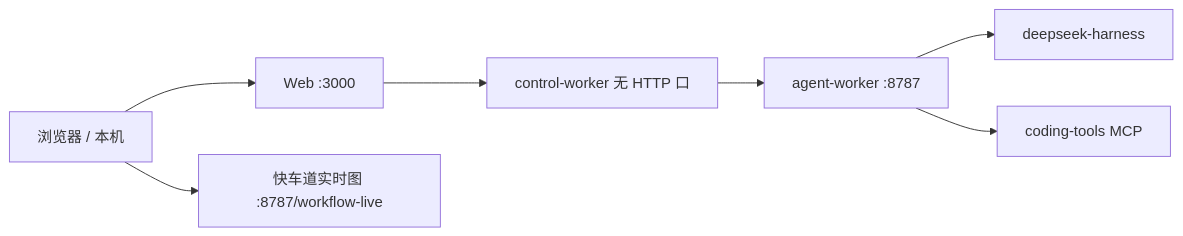
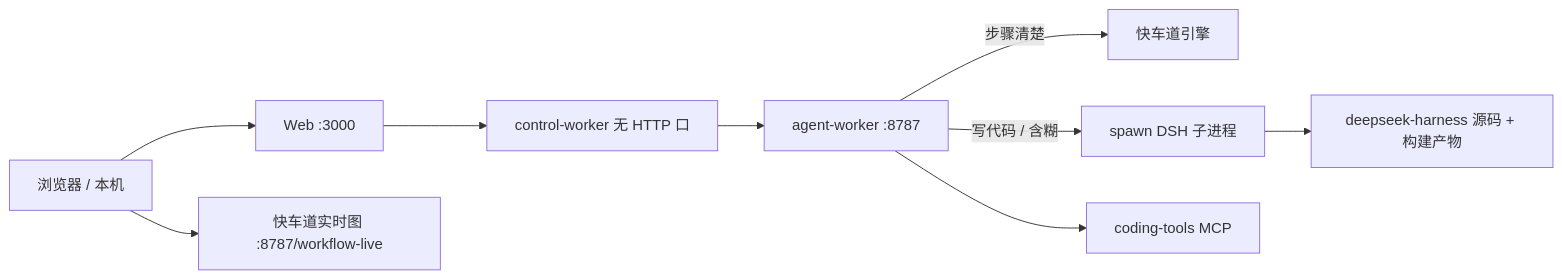
Before and after one commit to Reachan0/open-rush: the diagram in docs/remote-demo.md, drawn with Mermaid. The commit also changed other lines of this file and 1 other file, not shown here.

First line of the commit message:
docs: spell out how DeepSeek Harness is deployed on the demo host.

````diff
--- a/docs/remote-demo.md
+++ b/docs/remote-demo.md
@@ -8,9 +15,11 @@
 ```mermaid
 flowchart LR
   you[浏览器 / 本机] --> web["Web :3000"]
   you --> live["快车道实时图 :8787/workflow-live"]
   web --> cw[control-worker 无 HTTP 口]
   cw --> aw["agent-worker :8787"]
-  aw --> dsh[deepseek-harness]
+  aw -->|"步骤清楚"| wf[快车道引擎]
+  aw -->|"写代码 / 含糊"| spawn[spawn DSH 子进程]
+  spawn --> dsh["deepseek-harness 源码 + 构建产物"]
   aw --> mcp[coding-tools MCP]
 ```
````
